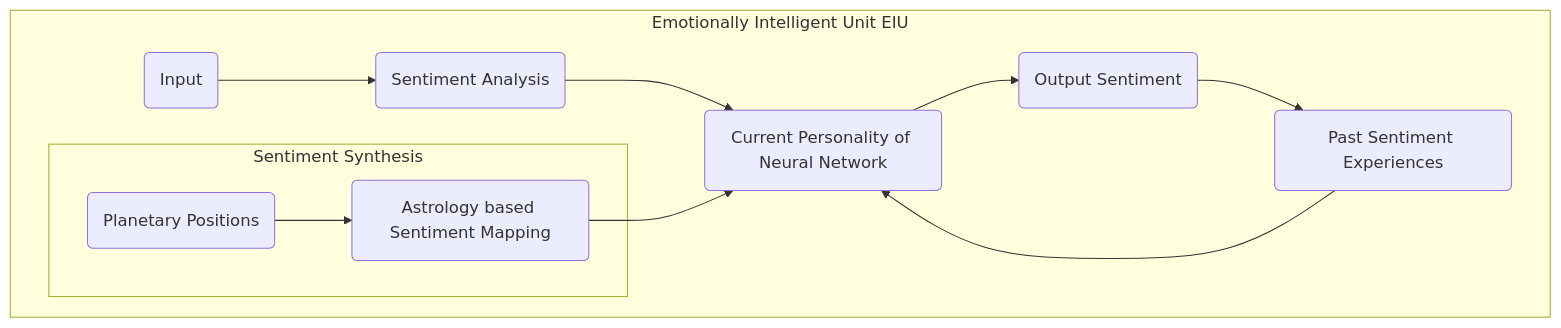
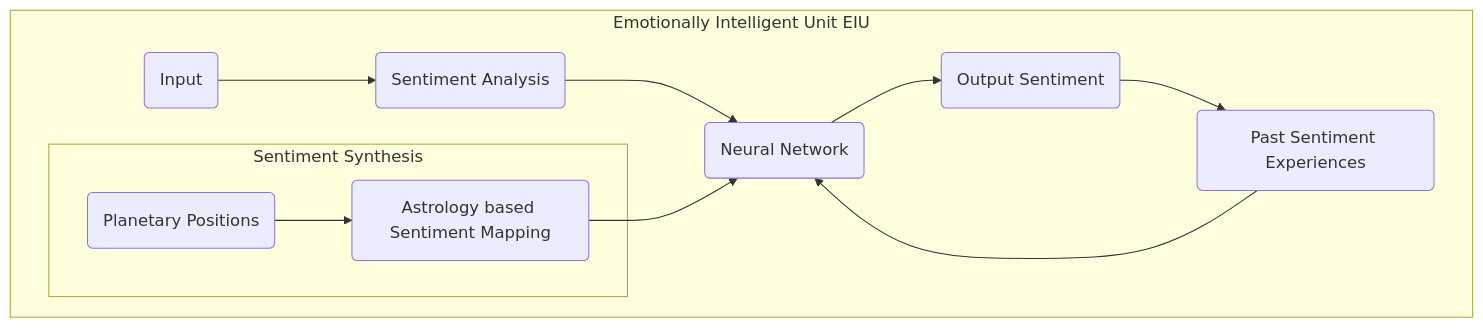
One commit to mohitlabs/Research changed the diagram in Dissertation1.md. Above: the diagram before and after it, drawn with Mermaid.

````diff
--- a/Dissertation1.md
+++ b/Dissertation1.md
@@ -62,23 +62,23 @@
 ```mermaid
 flowchart TB
   input(Input)
   sa(Sentiment Analysis)
   pp(Planetary Positions)
   sm(Astrology based Sentiment Mapping)
   pse(Past Sentiment Experiences)
-  cp(Current Personality of Neural Network)
+  nn(Neural Network)
   os(Output Sentiment)
   
   subgraph Emotionally Intelligent Unit EIU
     direction LR
       input-->sa
       subgraph Sentiment Synthesis
         pp-->sm
       end
-      sa-->cp
-      sm-->cp
-      pse-->cp
+      sa-->nn
+      sm-->nn
+      pse-->nn
       os-->pse
-      cp-->os
+      nn-->os
   end
 ```
````
